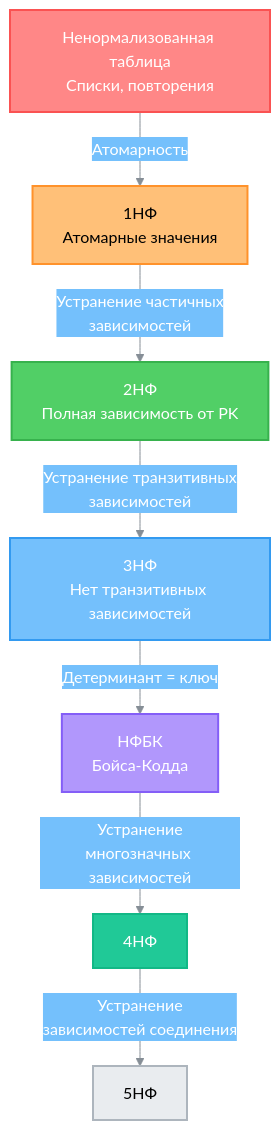
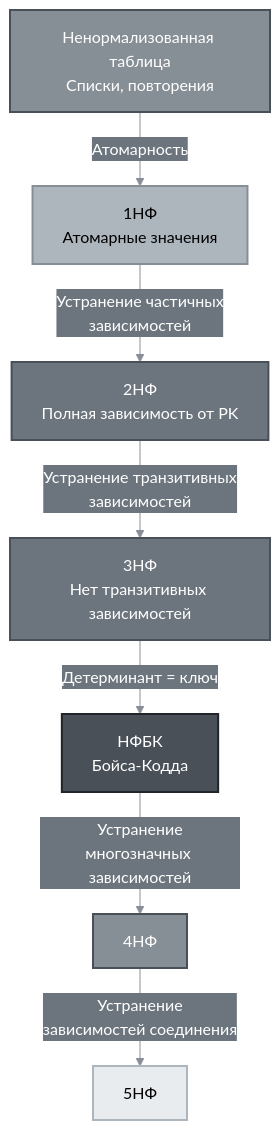
One commit to alx314vo/db_exam changed the fourth of 23 diagrams in db_exam.md. Above: the diagram before and after it, drawn with Mermaid. The commit also changed other lines of this file, not shown here.

````diff
--- a/db_exam.md
+++ b/db_exam.md
@@ -266,18 +266,18 @@
 ```mermaid
-%%{init: {'theme':'base', 'themeVariables': {'primaryColor':'#868e96','primaryTextColor':'#fff','primaryBorderColor':'#495057','lineColor':'#868e96','secondaryColor':'#74c0fc','tertiaryColor':'#ffc078','background':'#ffffff','textColor':'#212529'}}}%%
+%%{init: {'theme':'base', 'themeVariables': {'primaryColor':'#495057','primaryTextColor':'#fff','primaryBorderColor':'#212529','lineColor':'#868e96','secondaryColor':'#6c757d','tertiaryColor':'#adb5bd','background':'#ffffff','textColor':'#212529'}}}%%
 graph TD
     A[Ненормализованная таблица<br/>Списки, повторения] -->|Атомарность| B[1НФ<br/>Атомарные значения]
     B -->|Устранение частичных<br/>зависимостей| C[2НФ<br/>Полная зависимость от PK]
     C -->|Устранение транзитивных<br/>зависимостей| D[3НФ<br/>Нет транзитивных зависимостей]
     D -->|Детерминант = ключ| E[НФБК<br/>Бойса-Кодда]
     E -->|Устранение<br/>многозначных зависимостей| F[4НФ]
     F -->|Устранение<br/>зависимостей соединения| G[5НФ]
     
-    style A fill:#ff8787,stroke:#fa5252,stroke-width:2px,color:#fff
-    style B fill:#ffc078,stroke:#ff922b,stroke-width:2px,color:#000
-    style C fill:#51cf66,stroke:#37b24d,stroke-width:2px,color:#fff
-    style D fill:#74c0fc,stroke:#339af0,stroke-width:2px,color:#fff
-    style E fill:#b197fc,stroke:#845ef7,stroke-width:2px,color:#fff
-    style F fill:#20c997,stroke:#12b886,stroke-width:2px,color:#fff
+    style A fill:#868e96,stroke:#495057,stroke-width:2px,color:#fff
+    style B fill:#adb5bd,stroke:#868e96,stroke-width:2px,color:#000
+    style C fill:#6c757d,stroke:#495057,stroke-width:2px,color:#fff
+    style D fill:#6c757d,stroke:#495057,stroke-width:2px,color:#fff
+    style E fill:#495057,stroke:#212529,stroke-width:2px,color:#fff
+    style F fill:#868e96,stroke:#495057,stroke-width:2px,color:#fff
     style G fill:#e9ecef,stroke:#adb5bd,stroke-width:2px,color:#000
 ```
````
